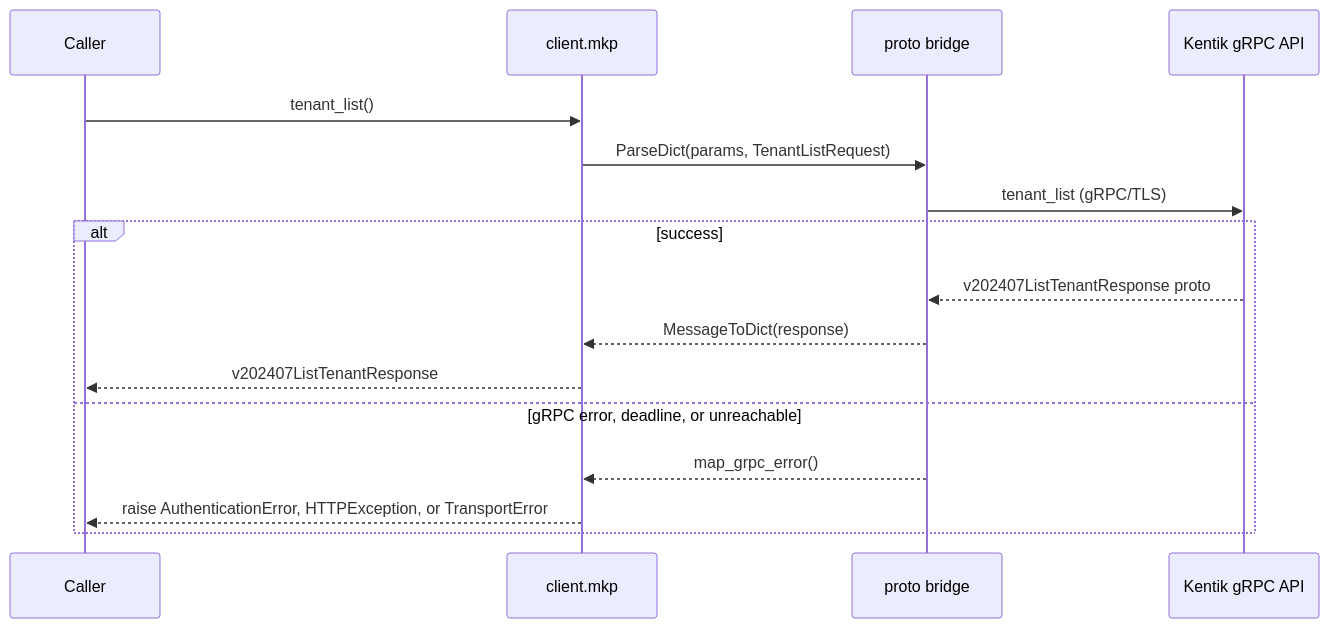
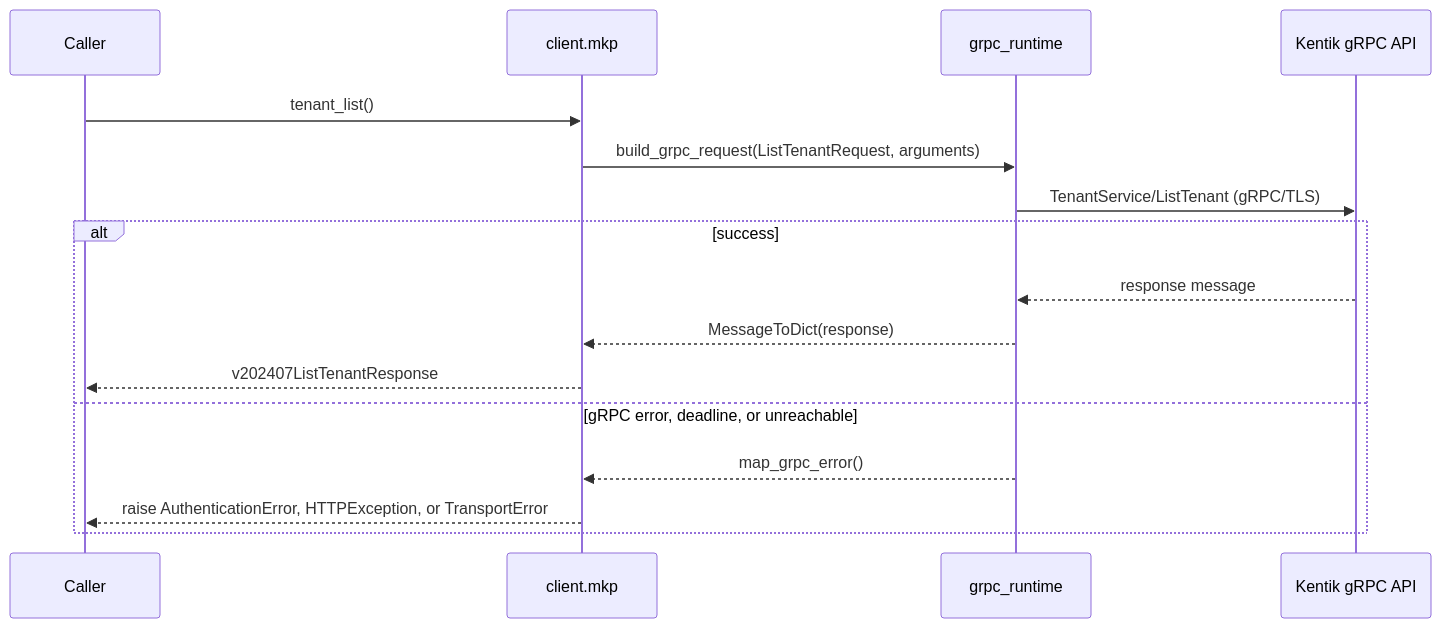
Before and after one commit to alexdearaujo/community_sdk_python: diagram 13 of 30 in docs/sphinx/services/mkp.md, drawn with Mermaid. The commit also changed other lines of this file and 37 other files, not shown here.

First line of the commit message:
docs: show the real RPC in each service page's gRPC diagram

````diff
--- a/docs/sphinx/services/mkp.md
+++ b/docs/sphinx/services/mkp.md
@@ -435,19 +435,19 @@
 ```mermaid
 sequenceDiagram
     participant C as Caller
     participant W as client.mkp
-    participant B as proto bridge
+    participant R as grpc_runtime
     participant API as Kentik gRPC API
 
     C->>W: tenant_list()
-    W->>B: ParseDict(params, TenantListRequest)
-    B->>API: tenant_list (gRPC/TLS)
+    W->>R: build_grpc_request(ListTenantRequest, arguments)
+    R->>API: TenantService/ListTenant (gRPC/TLS)
     alt success
-        API-->>B: v202407ListTenantResponse proto
-        B-->>W: MessageToDict(response)
+        API-->>R: response message
+        R-->>W: MessageToDict(response)
         W-->>C: v202407ListTenantResponse
     else gRPC error, deadline, or unreachable
-        B-->>W: map_grpc_error()
+        R-->>W: map_grpc_error()
         W-->>C: raise AuthenticationError, HTTPException, or TransportError
     end
 ```
````
